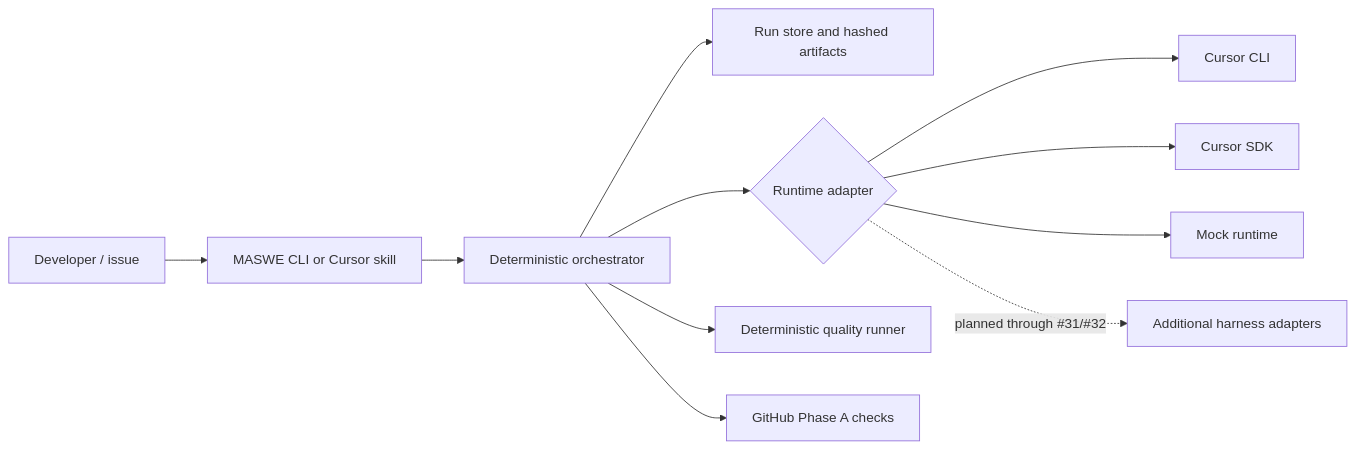
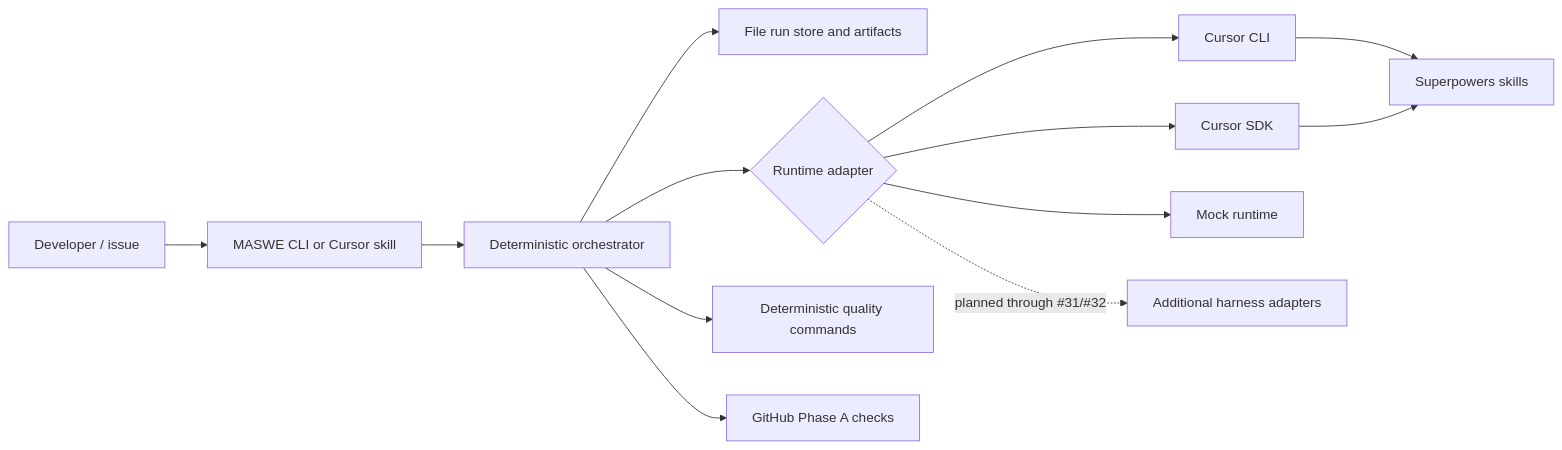
Before and after one commit to tomazb/cursor-multi-agent-software-engineer: the diagram in README.md, drawn with Mermaid. The commit also changed other lines of this file, not shown here.

````diff
--- a/README.md
+++ b/README.md
@@ -32,13 +49,15 @@
 ```mermaid
 flowchart LR
   U[Developer / issue] --> CLI[MASWE CLI or Cursor skill]
   CLI --> O[Deterministic orchestrator]
-  O --> S[Run store and hashed artifacts]
+  O --> S[File run store and artifacts]
   O --> R{Runtime adapter}
   R --> C[Cursor CLI]
   R --> SDK[Cursor SDK]
   R --> M[Mock runtime]
   R -. planned through #31/#32 .-> H[Additional harness adapters]
-  O --> Q[Deterministic quality runner]
+  O --> Q[Deterministic quality commands]
+  C --> SP[Superpowers skills]
+  SDK --> SP
   O --> GH[GitHub Phase A checks]
 ```
````
